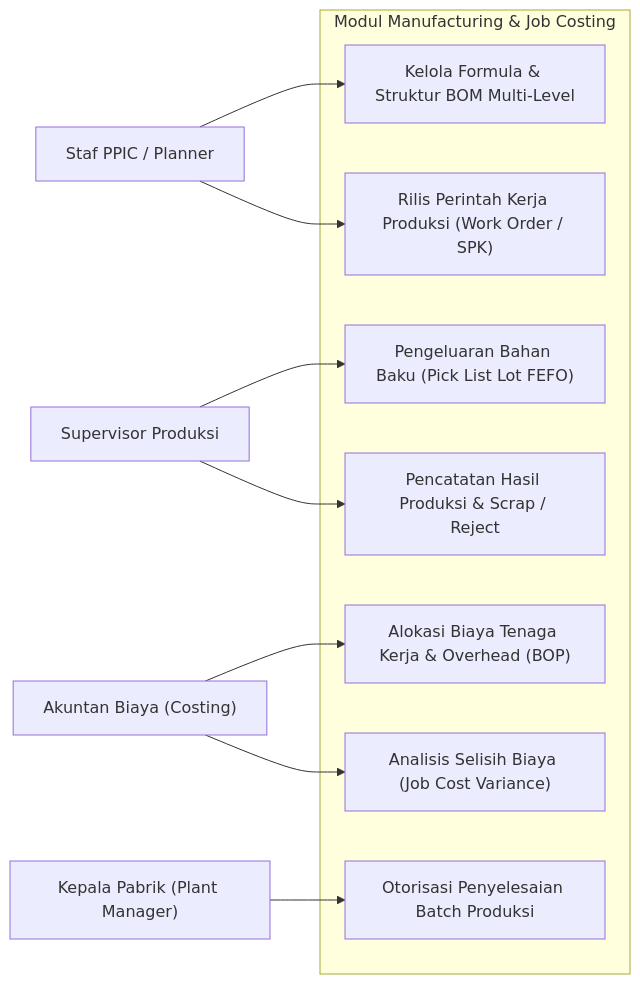
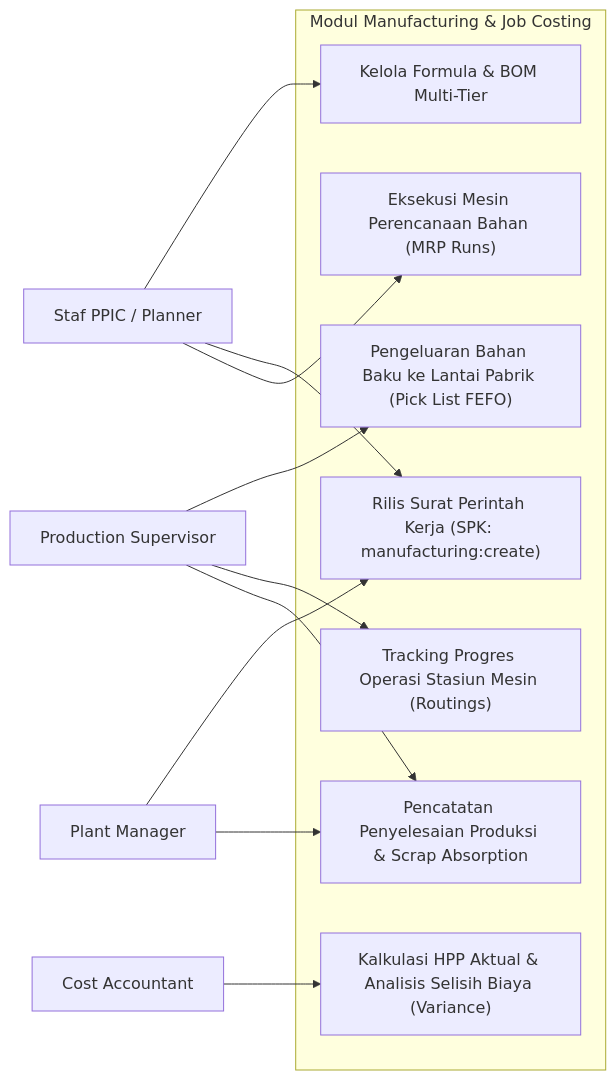
Before and after one commit to Vall-Here/mnf-erp-nextjs-golang: the first of 4 diagrams in sdd/06_manufacturing_sdd.md, drawn with Mermaid. The commit also changed other lines of this file and 10 other files, not shown here.

````diff
--- a/sdd/06_manufacturing_sdd.md
+++ b/sdd/06_manufacturing_sdd.md
@@ -13,28 +13,30 @@
 ```mermaid
 flowchart LR
     PPIC["Staf PPIC / Planner"]
-    ProdSpv["Supervisor Produksi"]
-    CostAcct["Akuntan Biaya (Costing)"]
-    PlantMgr["Kepala Pabrik (Plant Manager)"]
+    ProdSpv["Production Supervisor"]
+    PlantMgr["Plant Manager"]
+    CostAcct["Cost Accountant"]
 
     subgraph MfgModule ["Modul Manufacturing & Job Costing"]
-        UC1["Kelola Formula & Struktur BOM Multi-Level"]
-        UC2["Rilis Perintah Kerja Produksi (Work Order / SPK)"]
-        UC3["Pengeluaran Bahan Baku (Pick List Lot FEFO)"]
-        UC4["Pencatatan Hasil Produksi & Scrap / Reject"]
-        UC5["Alokasi Biaya Tenaga Kerja & Overhead (BOP)"]
-        UC6["Analisis Selisih Biaya (Job Cost Variance)"]
-        UC7["Otorisasi Penyelesaian Batch Produksi"]
+        UC1["Kelola Formula & BOM Multi-Tier"]
+        UC2["Rilis Surat Perintah Kerja (SPK: manufacturing:create)"]
+        UC3["Pengeluaran Bahan Baku ke Lantai Pabrik (Pick List FEFO)"]
+        UC4["Tracking Progres Operasi Stasiun Mesin (Routings)"]
+        UC5["Pencatatan Penyelesaian Produksi & Scrap Absorption"]
+        UC6["Eksekusi Mesin Perencanaan Bahan (MRP Runs)"]
+        UC7["Kalkulasi HPP Aktual & Analisis Selisih Biaya (Variance)"]
     end
 
     PPIC --> UC1
     PPIC --> UC2
+    PPIC --> UC6
 
     ProdSpv --> UC3
     ProdSpv --> UC4
+    ProdSpv --> UC5
 
-    CostAcct --> UC5
-    CostAcct --> UC6
+    PlantMgr --> UC2
+    PlantMgr --> UC5
 
-    PlantMgr --> UC7
+    CostAcct --> UC7
 ```
````
